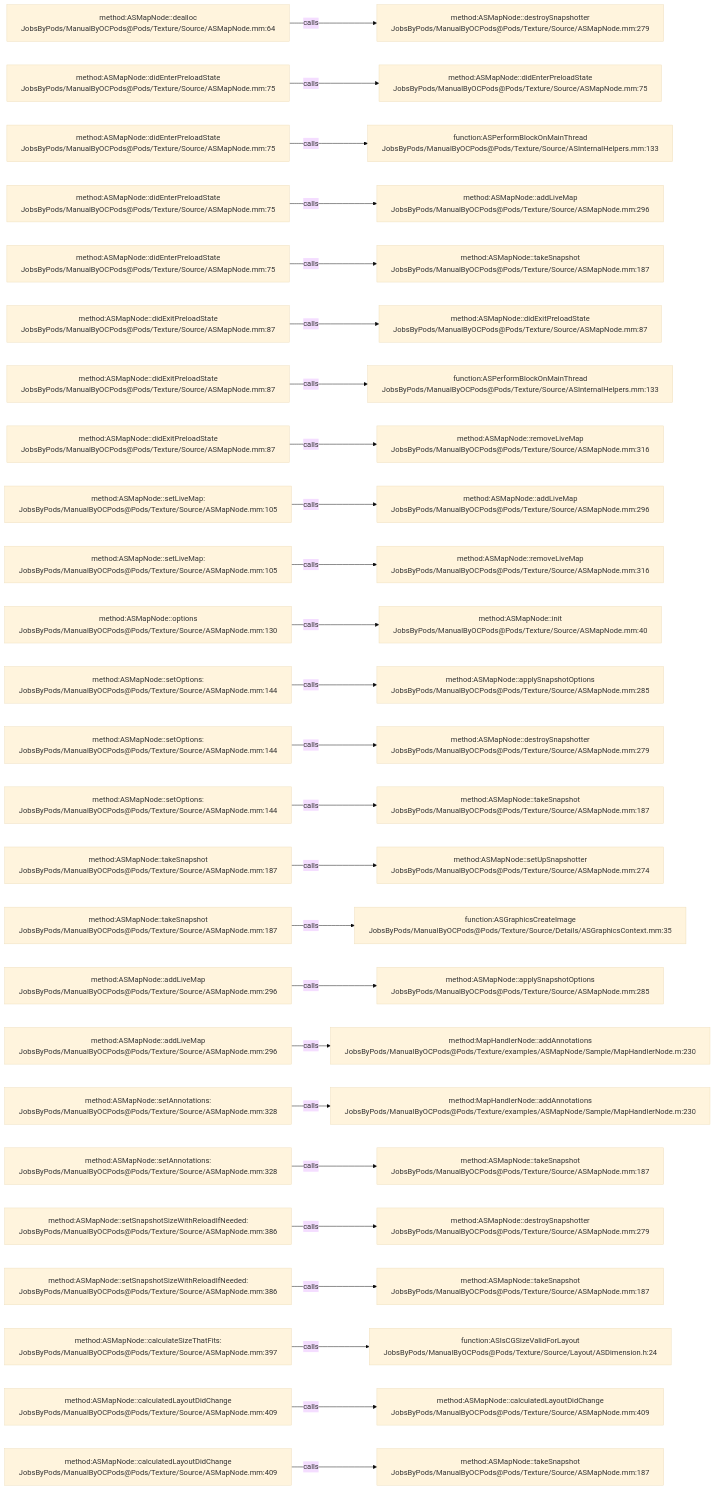
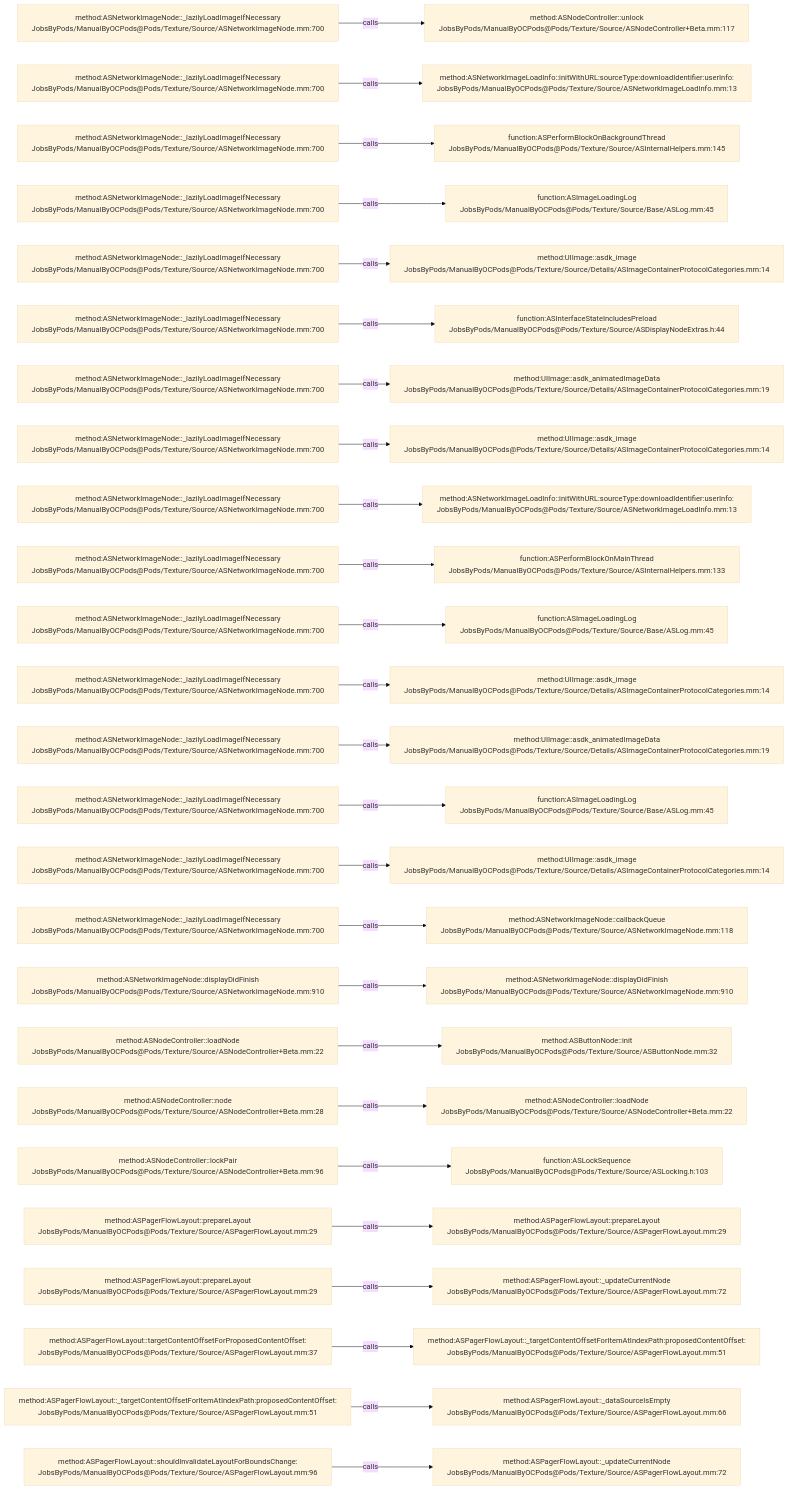
Before and after one commit to JobsKits/JobsOCBaseConfigDemo: the diagram in .codegraph/codegraph.md/graphs/calls-111.md, drawn with Mermaid (base theme). The commit also changed 1448 other files, not shown here.

````diff
--- a/.codegraph/codegraph.md/graphs/calls-111.md
+++ b/.codegraph/codegraph.md/graphs/calls-111.md
@@ -13,78 +13,78 @@
 ```mermaid
 flowchart LR
-  S1["method:ASMapNode::dealloc<br/>JobsByPods/ManualByOCPods@Pods/Texture/Source/ASMapNode.mm:64"]
-  T1["method:ASMapNode::destroySnapshotter<br/>JobsByPods/ManualByOCPods@Pods/Texture/Source/ASMapNode.mm:279"]
+  S1["method:ASNetworkImageNode::_lazilyLoadImageIfNecessary<br/>JobsByPods/ManualByOCPods@Pods/Texture/Source/ASNetworkImageNode.mm:700"]
+  T1["method:ASNodeController::unlock<br/>JobsByPods/ManualByOCPods@Pods/Texture/Source/ASNodeController+Beta.mm:117"]
   S1 -->|calls| T1
-  S2["method:ASMapNode::didEnterPreloadState<br/>JobsByPods/ManualByOCPods@Pods/Texture/Source/ASMapNode.mm:75"]
-  T2["method:ASMapNode::didEnterPreloadState<br/>JobsByPods/ManualByOCPods@Pods/Texture/Source/ASMapNode.mm:75"]
+  S2["method:ASNetworkImageNode::_lazilyLoadImageIfNecessary<br/>JobsByPods/ManualByOCPods@Pods/Texture/Source/ASNetworkImageNode.mm:700"]
+  T2["method:ASNetworkImageLoadInfo::initWithURL:sourceType:downloadIdentifier:userInfo:<br/>JobsByPods/ManualByOCPods@Pods/Texture/Source/ASNetworkImageLoadInfo.mm:13"]
   S2 -->|calls| T2
-  S3["method:ASMapNode::didEnterPreloadState<br/>JobsByPods/ManualByOCPods@Pods/Texture/Source/ASMapNode.mm:75"]
-  T3["function:ASPerformBlockOnMainThread<br/>JobsByPods/ManualByOCPods@Pods/Texture/Source/ASInternalHelpers.mm:133"]
+  S3["method:ASNetworkImageNode::_lazilyLoadImageIfNecessary<br/>JobsByPods/ManualByOCPods@Pods/Texture/Source/ASNetworkImageNode.mm:700"]
+  T3["function:ASPerformBlockOnBackgroundThread<br/>JobsByPods/ManualByOCPods@Pods/Texture/Source/ASInternalHelpers.mm:145"]
   S3 -->|calls| T3
-  S4["method:ASMapNode::didEnterPreloadState<br/>JobsByPods/ManualByOCPods@Pods/Texture/Source/ASMapNode.mm:75"]
-  T4["method:ASMapNode::addLiveMap<br/>JobsByPods/ManualByOCPods@Pods/Texture/Source/ASMapNode.mm:296"]
+  S4["method:ASNetworkImageNode::_lazilyLoadImageIfNecessary<br/>JobsByPods/ManualByOCPods@Pods/Texture/Source/ASNetworkImageNode.mm:700"]
+  T4["function:ASImageLoadingLog<br/>JobsByPods/ManualByOCPods@Pods/Texture/Source/Base/ASLog.mm:45"]
   S4 -->|calls| T4
-  S5["method:ASMapNode::didEnterPreloadState<br/>JobsByPods/ManualByOCPods@Pods/Texture/Source/ASMapNode.mm:75"]
-  T5["method:ASMapNode::takeSnapshot<br/>JobsByPods/ManualByOCPods@Pods/Texture/Source/ASMapNode.mm:187"]
+  S5["method:ASNetworkImageNode::_lazilyLoadImageIfNecessary<br/>JobsByPods/ManualByOCPods@Pods/Texture/Source/ASNetworkImageNode.mm:700"]
+  T5["method:UIImage::asdk_image<br/>JobsByPods/ManualByOCPods@Pods/Texture/Source/Details/ASImageContainerProtocolCategories.mm:14"]
   S5 -->|calls| T5
-  S6["method:ASMapNode::didExitPreloadState<br/>JobsByPods/ManualByOCPods@Pods/Texture/Source/ASMapNode.mm:87"]
-  T6["method:ASMapNode::didExitPreloadState<br/>JobsByPods/ManualByOCPods@Pods/Texture/Source/ASMapNode.mm:87"]
+  S6["method:ASNetworkImageNode::_lazilyLoadImageIfNecessary<br/>JobsByPods/ManualByOCPods@Pods/Texture/Source/ASNetworkImageNode.mm:700"]
+  T6["function:ASInterfaceStateIncludesPreload<br/>JobsByPods/ManualByOCPods@Pods/Texture/Source/ASDisplayNodeExtras.h:44"]
   S6 -->|calls| T6
-  S7["method:ASMapNode::didExitPreloadState<br/>JobsByPods/ManualByOCPods@Pods/Texture/Source/ASMapNode.mm:87"]
-  T7["function:ASPerformBlockOnMainThread<br/>JobsByPods/ManualByOCPods@Pods/Texture/Source/ASInternalHelpers.mm:133"]
+  S7["method:ASNetworkImageNode::_lazilyLoadImageIfNecessary<br/>JobsByPods/ManualByOCPods@Pods/Texture/Source/ASNetworkImageNode.mm:700"]
+  T7["method:UIImage::asdk_animatedImageData<br/>JobsByPods/ManualByOCPods@Pods/Texture/Source/Details/ASImageContainerProtocolCategories.mm:19"]
   S7 -->|calls| T7
-  S8["method:ASMapNode::didExitPreloadState<br/>JobsByPods/ManualByOCPods@Pods/Texture/Source/ASMapNode.mm:87"]
-  T8["method:ASMapNode::removeLiveMap<br/>JobsByPods/ManualByOCPods@Pods/Texture/Source/ASMapNode.mm:316"]
+  S8["method:ASNetworkImageNode::_lazilyLoadImageIfNecessary<br/>JobsByPods/ManualByOCPods@Pods/Texture/Source/ASNetworkImageNode.mm:700"]
+  T8["method:UIImage::asdk_image<br/>JobsByPods/ManualByOCPods@Pods/Texture/Source/Details/ASImageContainerProtocolCategories.mm:14"]
   S8 -->|calls| T8
-  S9["method:ASMapNode::setLiveMap:<br/>JobsByPods/ManualByOCPods@Pods/Texture/Source/ASMapNode.mm:105"]
-  T9["method:ASMapNode::addLiveMap<br/>JobsByPods/ManualByOCPods@Pods/Texture/Source/ASMapNode.mm:296"]
+  S9["method:ASNetworkImageNode::_lazilyLoadImageIfNecessary<br/>JobsByPods/ManualByOCPods@Pods/Texture/Source/ASNetworkImageNode.mm:700"]
+  T9["method:ASNetworkImageLoadInfo::initWithURL:sourceType:downloadIdentifier:userInfo:<br/>JobsByPods/ManualByOCPods@Pods/Texture/Source/ASNetworkImageLoadInfo.mm:13"]
   S9 -->|calls| T9
-  S10["method:ASMapNode::setLiveMap:<br/>JobsByPods/ManualByOCPods@Pods/Texture/Source/ASMapNode.mm:105"]
-  T10["method:ASMapNode::removeLiveMap<br/>JobsByPods/ManualByOCPods@Pods/Texture/Source/ASMapNode.mm:316"]
+  S10["method:ASNetworkImageNode::_lazilyLoadImageIfNecessary<br/>JobsByPods/ManualByOCPods@Pods/Texture/Source/ASNetworkImageNode.mm:700"]
+  T10["function:ASPerformBlockOnMainThread<br/>JobsByPods/ManualByOCPods@Pods/Texture/Source/ASInternalHelpers.mm:133"]
   S10 -->|calls| T10
-  S11["method:ASMapNode::options<br/>JobsByPods/ManualByOCPods@Pods/Texture/Source/ASMapNode.mm:130"]
-  T11["method:ASMapNode::init<br/>JobsByPods/ManualByOCPods@Pods/Texture/Source/ASMapNode.mm:40"]
+  S11["method:ASNetworkImageNode::_lazilyLoadImageIfNecessary<br/>JobsByPods/ManualByOCPods@Pods/Texture/Source/ASNetworkImageNode.mm:700"]
+  T11["function:ASImageLoadingLog<br/>JobsByPods/ManualByOCPods@Pods/Texture/Source/Base/ASLog.mm:45"]
   S11 -->|calls| T11
-  S12["method:ASMapNode::setOptions:<br/>JobsByPods/ManualByOCPods@Pods/Texture/Source/ASMapNode.mm:144"]
-  T12["method:ASMapNode::applySnapshotOptions<br/>JobsByPods/ManualByOCPods@Pods/Texture/Source/ASMapNode.mm:285"]
+  S12["method:ASNetworkImageNode::_lazilyLoadImageIfNecessary<br/>JobsByPods/ManualByOCPods@Pods/Texture/Source/ASNetworkImageNode.mm:700"]
+  T12["method:UIImage::asdk_image<br/>JobsByPods/ManualByOCPods@Pods/Texture/Source/Details/ASImageContainerProtocolCategories.mm:14"]
   S12 -->|calls| T12
-  S13["method:ASMapNode::setOptions:<br/>JobsByPods/ManualByOCPods@Pods/Texture/Source/ASMapNode.mm:144"]
-  T13["method:ASMapNode::destroySnapshotter<br/>JobsByPods/ManualByOCPods@Pods/Texture/Source/ASMapNode.mm:279"]
+  S13["method:ASNetworkImageNode::_lazilyLoadImageIfNecessary<br/>JobsByPods/ManualByOCPods@Pods/Texture/Source/ASNetworkImageNode.mm:700"]
+  T13["method:UIImage::asdk_animatedImageData<br/>JobsByPods/ManualByOCPods@Pods/Texture/Source/Details/ASImageContainerProtocolCategories.mm:19"]
   S13 -->|calls| T13
-  S14["method:ASMapNode::setOptions:<br/>JobsByPods/ManualByOCPods@Pods/Texture/Source/ASMapNode.mm:144"]
-  T14["method:ASMapNode::takeSnapshot<br/>JobsByPods/ManualByOCPods@Pods/Texture/Source/ASMapNode.mm:187"]
+  S14["method:ASNetworkImageNode::_lazilyLoadImageIfNecessary<br/>JobsByPods/ManualByOCPods@Pods/Texture/Source/ASNetworkImageNode.mm:700"]
+  T14["function:ASImageLoadingLog<br/>JobsByPods/ManualByOCPods@Pods/Texture/Source/Base/ASLog.mm:45"]
   S14 -->|calls| T14
-  S15["method:ASMapNode::takeSnapshot<br/>JobsByPods/ManualByOCPods@Pods/Texture/Source/ASMapNode.mm:187"]
-  T15["method:ASMapNode::setUpSnapshotter<br/>JobsByPods/ManualByOCPods@Pods/Texture/Source/ASMapNode.mm:274"]
+  S15["method:ASNetworkImageNode::_lazilyLoadImageIfNecessary<br/>JobsByPods/ManualByOCPods@Pods/Texture/Source/ASNetworkImageNode.mm:700"]
+  T15["method:UIImage::asdk_image<br/>JobsByPods/ManualByOCPods@Pods/Texture/Source/Details/ASImageContainerProtocolCategories.mm:14"]
   S15 -->|calls| T15
-  S16["method:ASMapNode::takeSnapshot<br/>JobsByPods/ManualByOCPods@Pods/Texture/Source/ASMapNode.mm:187"]
-  T16["function:ASGraphicsCreateImage<br/>JobsByPods/ManualByOCPods@Pods/Texture/Source/Details/ASGraphicsContext.mm:35"]
+  S16["method:ASNetworkImageNode::_lazilyLoadImageIfNecessary<br/>JobsByPods/ManualByOCPods@Pods/Texture/Source/ASNetworkImageNode.mm:700"]
+  T16["method:ASNetworkImageNode::callbackQueue<br/>JobsByPods/ManualByOCPods@Pods/Texture/Source/ASNetworkImageNode.mm:118"]
   S16 -->|calls| T16
-  S17["method:ASMapNode::addLiveMap<br/>JobsByPods/ManualByOCPods@Pods/Texture/Source/ASMapNode.mm:296"]
-  T17["method:ASMapNode::applySnapshotOptions<br/>JobsByPods/ManualByOCPods@Pods/Texture/Source/ASMapNode.mm:285"]
+  S17["method:ASNetworkImageNode::displayDidFinish<br/>JobsByPods/ManualByOCPods@Pods/Texture/Source/ASNetworkImageNode.mm:910"]
+  T17["method:ASNetworkImageNode::displayDidFinish<br/>JobsByPods/ManualByOCPods@Pods/Texture/Source/ASNetworkImageNode.mm:910"]
   S17 -->|calls| T17
-  S18["method:ASMapNode::addLiveMap<br/>JobsByPods/ManualByOCPods@Pods/Texture/Source/ASMapNode.mm:296"]
-  T18["method:MapHandlerNode::addAnnotations<br/>JobsByPods/ManualByOCPods@Pods/Texture/examples/ASMapNode/Sample/MapHandlerNode.m:230"]
+  S18["method:ASNodeController::loadNode<br/>JobsByPods/ManualByOCPods@Pods/Texture/Source/ASNodeController+Beta.mm:22"]
+  T18["method:ASButtonNode::init<br/>JobsByPods/ManualByOCPods@Pods/Texture/Source/ASButtonNode.mm:32"]
   S18 -->|calls| T18
-  S19["method:ASMapNode::setAnnotations:<br/>JobsByPods/ManualByOCPods@Pods/Texture/Source/ASMapNode.mm:328"]
-  T19["method:MapHandlerNode::addAnnotations<br/>JobsByPods/ManualByOCPods@Pods/Texture/examples/ASMapNode/Sample/MapHandlerNode.m:230"]
+  S19["method:ASNodeController::node<br/>JobsByPods/ManualByOCPods@Pods/Texture/Source/ASNodeController+Beta.mm:28"]
+  T19["method:ASNodeController::loadNode<br/>JobsByPods/ManualByOCPods@Pods/Texture/Source/ASNodeController+Beta.mm:22"]
   S19 -->|calls| T19
-  S20["method:ASMapNode::setAnnotations:<br/>JobsByPods/ManualByOCPods@Pods/Texture/Source/ASMapNode.mm:328"]
-  T20["method:ASMapNode::takeSnapshot<br/>JobsByPods/ManualByOCPods@Pods/Texture/Source/ASMapNode.mm:187"]
+  S20["method:ASNodeController::lockPair<br/>JobsByPods/ManualByOCPods@Pods/Texture/Source/ASNodeController+Beta.mm:96"]
+  T20["function:ASLockSequence<br/>JobsByPods/ManualByOCPods@Pods/Texture/Source/ASLocking.h:103"]
   S20 -->|calls| T20
-  S21["method:ASMapNode::setSnapshotSizeWithReloadIfNeeded:<br/>JobsByPods/ManualByOCPods@Pods/Texture/Source/ASMapNode.mm:386"]
-  T21["method:ASMapNode::destroySnapshotter<br/>JobsByPods/ManualByOCPods@Pods/Texture/Source/ASMapNode.mm:279"]
+  S21["method:ASPagerFlowLayout::prepareLayout<br/>JobsByPods/ManualByOCPods@Pods/Texture/Source/ASPagerFlowLayout.mm:29"]
+  T21["method:ASPagerFlowLayout::prepareLayout<br/>JobsByPods/ManualByOCPods@Pods/Texture/Source/ASPagerFlowLayout.mm:29"]
   S21 -->|calls| T21
-  S22["method:ASMapNode::setSnapshotSizeWithReloadIfNeeded:<br/>JobsByPods/ManualByOCPods@Pods/Texture/Source/ASMapNode.mm:386"]
-  T22["method:ASMapNode::takeSnapshot<br/>JobsByPods/ManualByOCPods@Pods/Texture/Source/ASMapNode.mm:187"]
+  S22["method:ASPagerFlowLayout::prepareLayout<br/>JobsByPods/ManualByOCPods@Pods/Texture/Source/ASPagerFlowLayout.mm:29"]
+  T22["method:ASPagerFlowLayout::_updateCurrentNode<br/>JobsByPods/ManualByOCPods@Pods/Texture/Source/ASPagerFlowLayout.mm:72"]
   S22 -->|calls| T22
-  S23["method:ASMapNode::calculateSizeThatFits:<br/>JobsByPods/ManualByOCPods@Pods/Texture/Source/ASMapNode.mm:397"]
-  T23["function:ASIsCGSizeValidForLayout<br/>JobsByPods/ManualByOCPods@Pods/Texture/Source/Layout/ASDimension.h:24"]
+  S23["method:ASPagerFlowLayout::targetContentOffsetForProposedContentOffset:<br/>JobsByPods/ManualByOCPods@Pods/Texture/Source/ASPagerFlowLayout.mm:37"]
+  T23["method:ASPagerFlowLayout::_targetContentOffsetForItemAtIndexPath:proposedContentOffset:<br/>JobsByPods/ManualByOCPods@Pods/Texture/Source/ASPagerFlowLayout.mm:51"]
   S23 -->|calls| T23
-  S24["method:ASMapNode::calculatedLayoutDidChange<br/>JobsByPods/ManualByOCPods@Pods/Texture/Source/ASMapNode.mm:409"]
-  T24["method:ASMapNode::calculatedLayoutDidChange<br/>JobsByPods/ManualByOCPods@Pods/Texture/Source/ASMapNode.mm:409"]
+  S24["method:ASPagerFlowLayout::_targetContentOffsetForItemAtIndexPath:proposedContentOffset:<br/>JobsByPods/ManualByOCPods@Pods/Texture/Source/ASPagerFlowLayout.mm:51"]
+  T24["method:ASPagerFlowLayout::_dataSourceIsEmpty<br/>JobsByPods/ManualByOCPods@Pods/Texture/Source/ASPagerFlowLayout.mm:66"]
   S24 -->|calls| T24
-  S25["method:ASMapNode::calculatedLayoutDidChange<br/>JobsByPods/ManualByOCPods@Pods/Texture/Source/ASMapNode.mm:409"]
-  T25["method:ASMapNode::takeSnapshot<br/>JobsByPods/ManualByOCPods@Pods/Texture/Source/ASMapNode.mm:187"]
+  S25["method:ASPagerFlowLayout::shouldInvalidateLayoutForBoundsChange:<br/>JobsByPods/ManualByOCPods@Pods/Texture/Source/ASPagerFlowLayout.mm:96"]
+  T25["method:ASPagerFlowLayout::_updateCurrentNode<br/>JobsByPods/ManualByOCPods@Pods/Texture/Source/ASPagerFlowLayout.mm:72"]
   S25 -->|calls| T25
 ```
````
